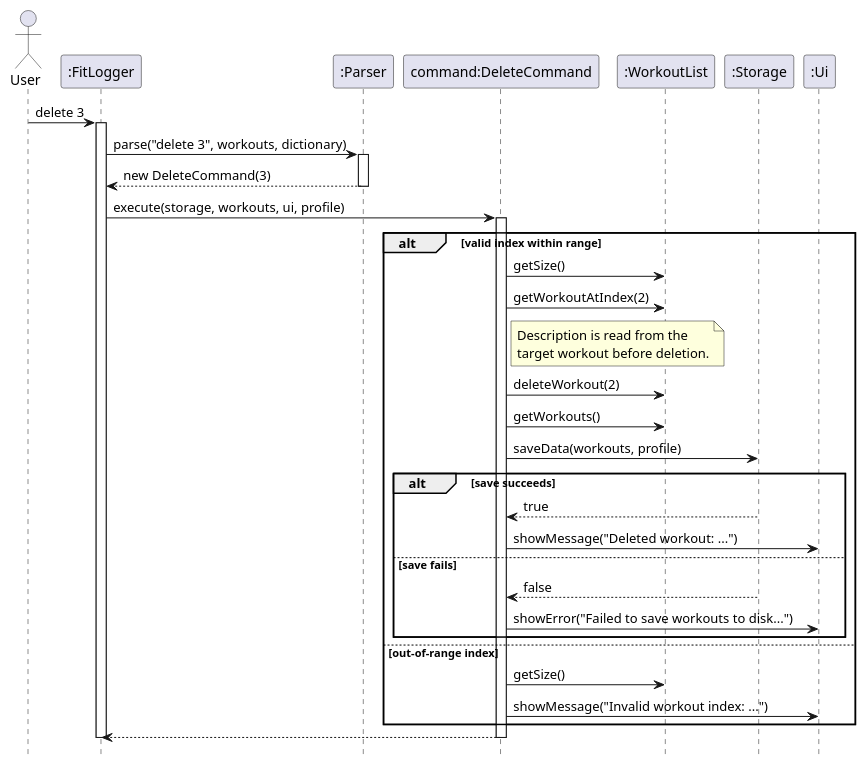
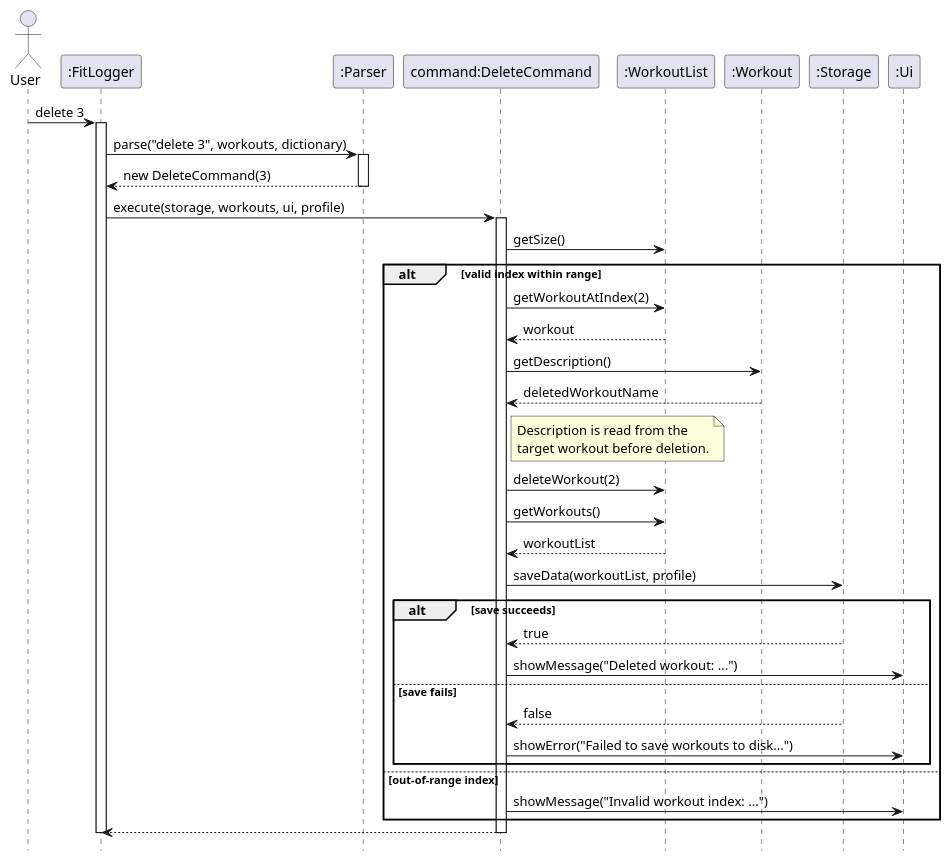
The diagram in docs/diagrams/DeleteCommandSequenceDiagram.puml (Daniel-czj/tp), drawn with PlantUML before and after one commit. The commit also changed 27 other files, not shown here.

Commit message:
Update docs diagrams and related project changes

```diff
--- a/docs/diagrams/DeleteCommandSequenceDiagram.puml
+++ b/docs/diagrams/DeleteCommandSequenceDiagram.puml
@@ -1,48 +1,52 @@
 @startuml
 hide footbox
 
 actor User
 participant ":FitLogger" as Main
 participant ":Parser" as Parser
 participant "command:DeleteCommand" as Cmd
 participant ":WorkoutList" as Workouts
+participant ":Workout" as Workout
 participant ":Storage" as Storage
 participant ":Ui" as Ui
 
 User -> Main : delete 3
 activate Main
 
 Main -> Parser : parse("delete 3", workouts, dictionary)
 activate Parser
 Parser --> Main : new DeleteCommand(3)
 deactivate Parser
 
 Main -> Cmd : execute(storage, workouts, ui, profile)
 activate Cmd
 
+Cmd -> Workouts : getSize()
 alt valid index within range
-  Cmd -> Workouts : getSize()
   Cmd -> Workouts : getWorkoutAtIndex(2)
+  Workouts --> Cmd : workout
+  Cmd -> Workout : getDescription()
+  Workout --> Cmd : deletedWorkoutName
   note right of Cmd
     Description is read from the
     target workout before deletion.
   end note
   Cmd -> Workouts : deleteWorkout(2)
   Cmd -> Workouts : getWorkouts()
-  Cmd -> Storage : saveData(workouts, profile)
+  Workouts --> Cmd : workoutList
+  Cmd -> Storage : saveData(workoutList, profile)
   alt save succeeds
     Storage --> Cmd : true
     Cmd -> Ui : showMessage("Deleted workout: ...")
   else save fails
     Storage --> Cmd : false
     Cmd -> Ui : showError("Failed to save workouts to disk...")
   end
 else out-of-range index
-  Cmd -> Workouts : getSize()
   Cmd -> Ui : showMessage("Invalid workout index: ...")
 end
 
 Cmd --> Main
 deactivate Cmd
 deactivate Main
 @enduml
```
